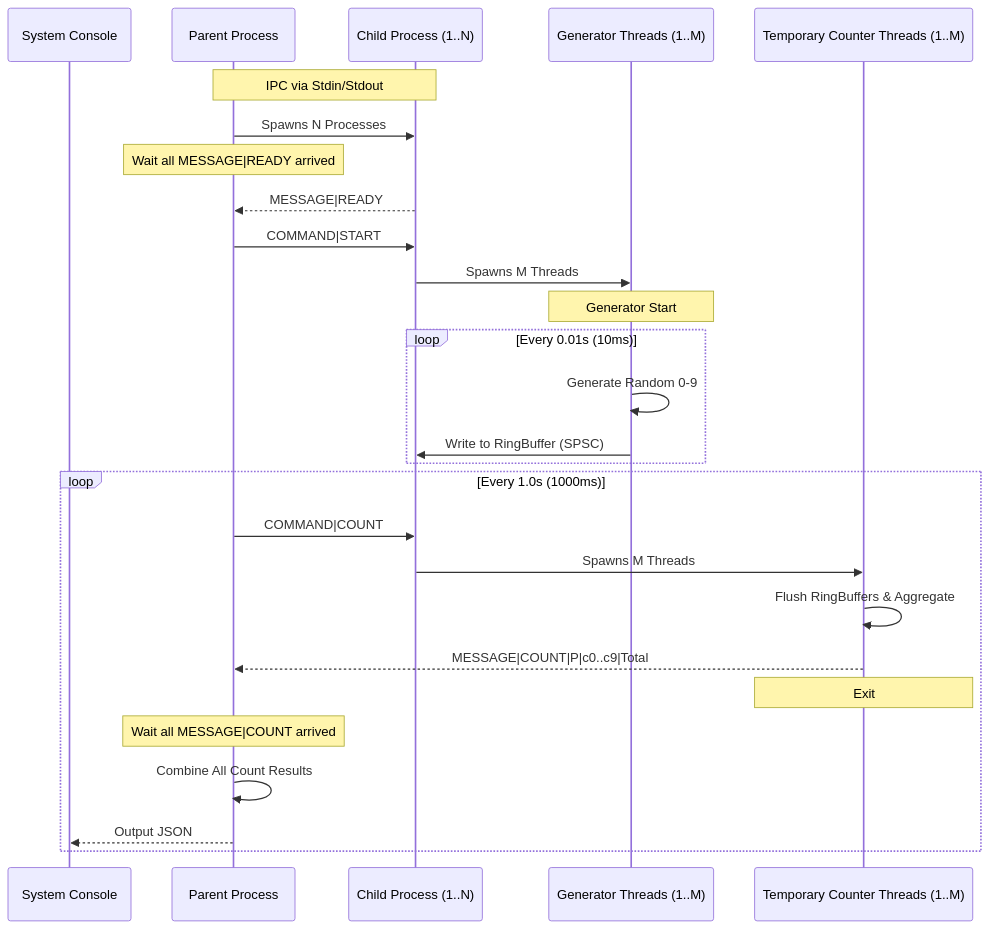
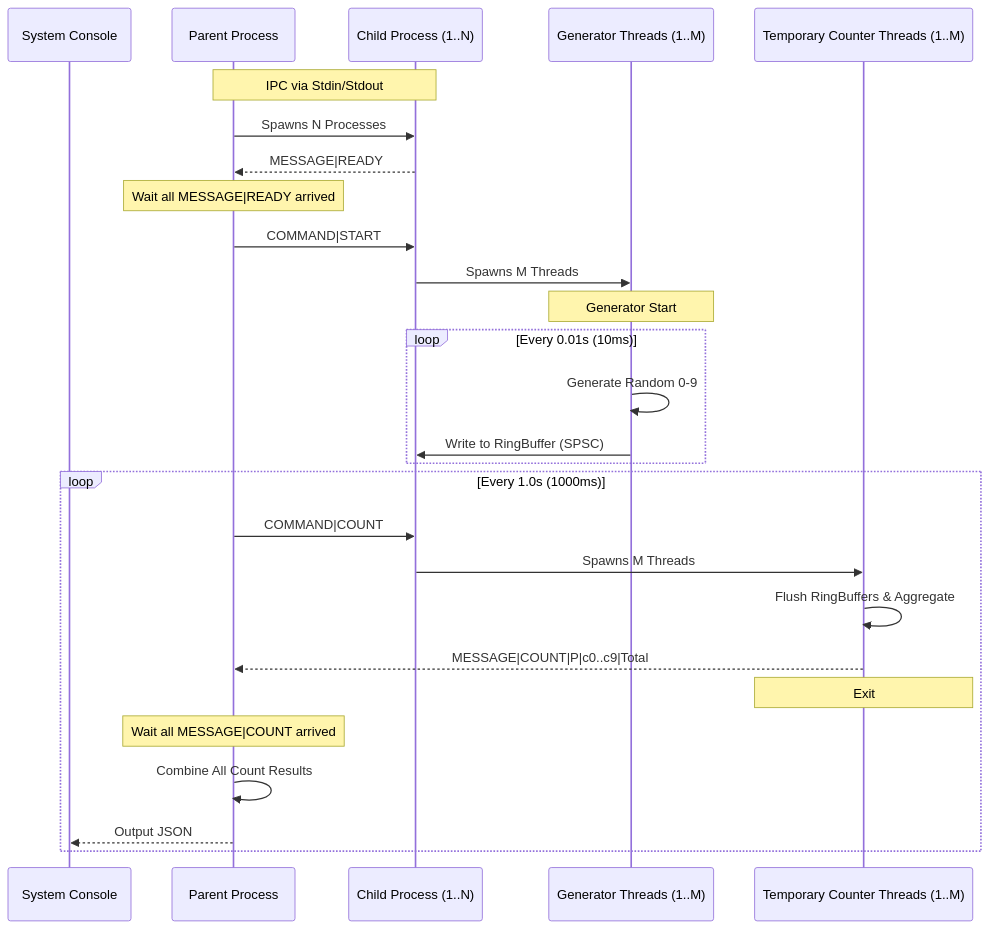
The diagram in README.md (giginepuran/multi-process-test), drawn with Mermaid before and after one commit. The commit also changed other lines of this file, not shown here.

Commit message:
Position adjust in mermaid

````diff
--- a/README.md
+++ b/README.md
@@ -13,32 +13,32 @@
 ```mermaid
 sequenceDiagram
 participant SC as System Console
 participant P as Parent Process
 participant C as Child Process (1..N)
 participant T as Generator Threads (1..M)
 participant TC as Temporary Counter Threads (1..M)
 
 Note over P, C: IPC via Stdin/Stdout
 P->>C: Spawns N Processes
+C-->>P: MESSAGE|READY
 Note over P, P: Wait all MESSAGE|READY arrived
-C-->>P: MESSAGE|READY
 P->>C: COMMAND|START
 C->>T: Spawns M Threads
 
 Note over T, T: Generator Start
 loop Every 0.01s (10ms)
     T->>T: Generate Random 0-9
     T->>C: Write to RingBuffer (SPSC)
 end
 
 loop Every 1.0s (1000ms)
     P->>C: COMMAND|COUNT
     C->>TC: Spawns M Threads
     TC->>TC: Flush RingBuffers & Aggregate
     TC-->>P: MESSAGE|COUNT|P|c0..c9|Total
     Note over TC, TC: Exit
     Note over P, P: Wait all MESSAGE|COUNT arrived
     P->>P: Combine All Count Results
     P-->>SC: Output JSON
 end
 ```
````
